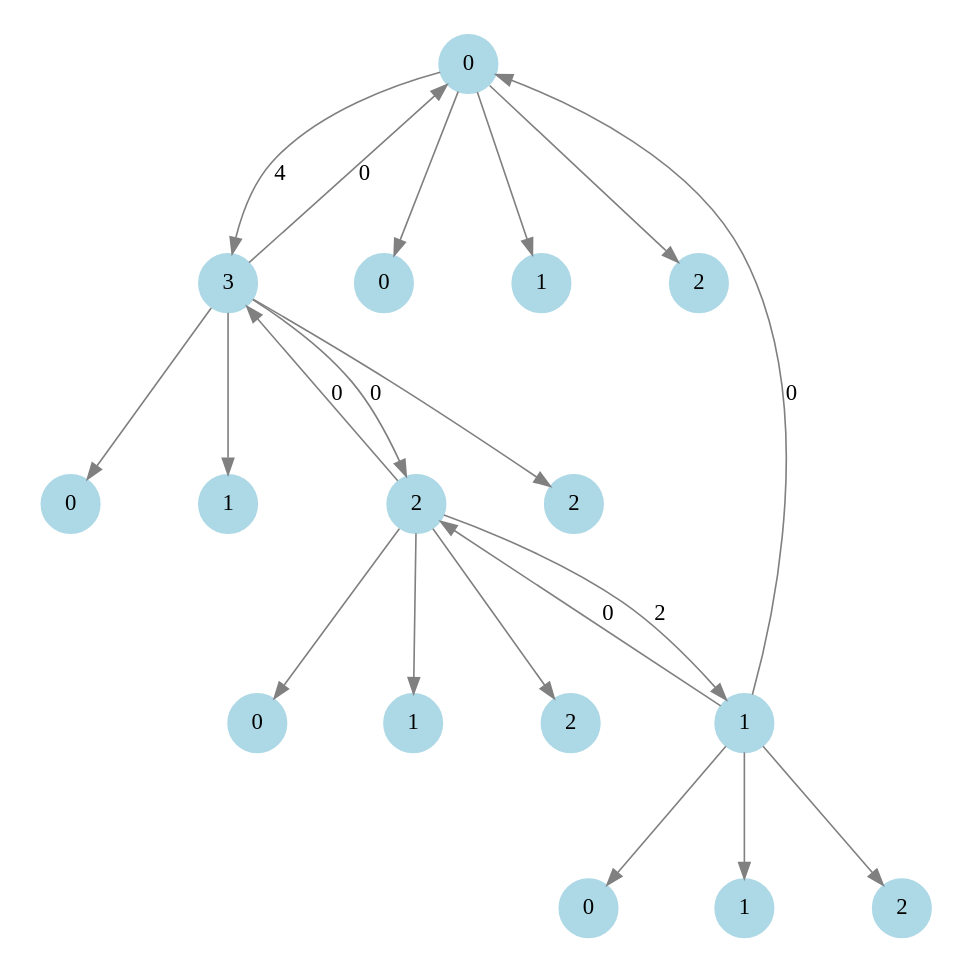
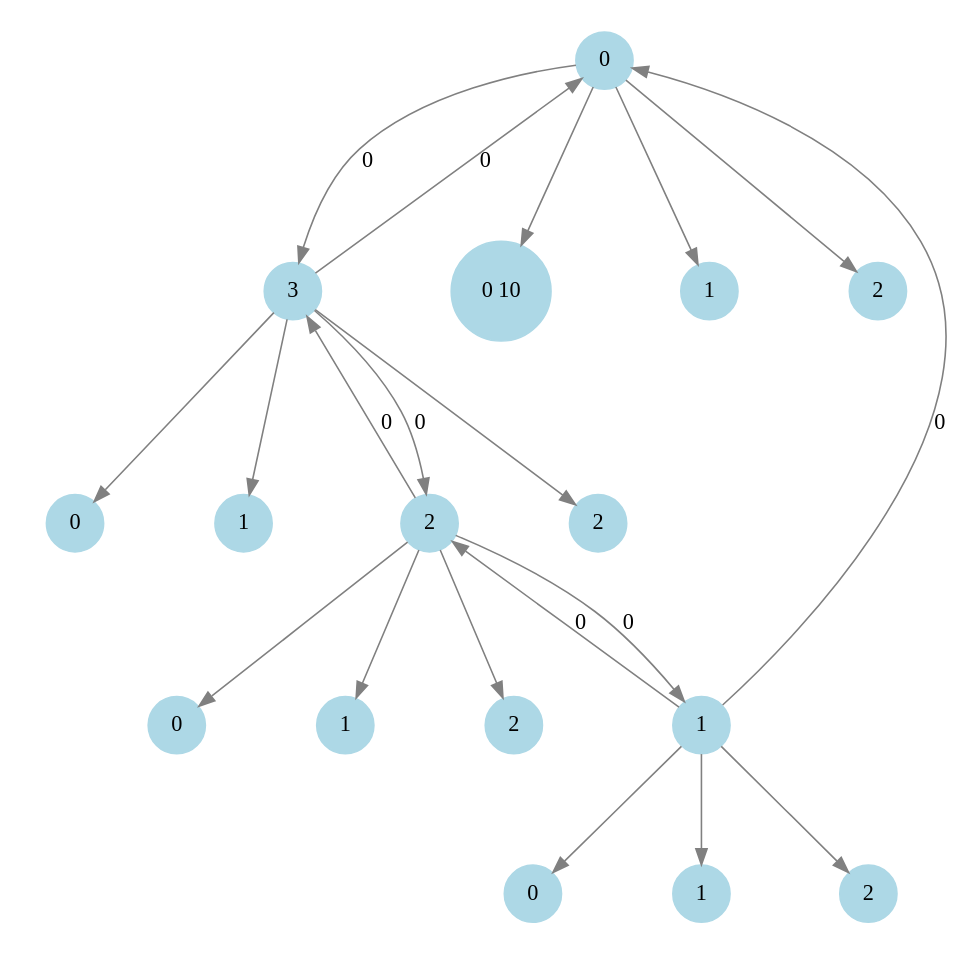
The diagram in Trabajo_Final/src/grafo.dot (Fede108/Algoritmos-y-estructura-de-Datos), drawn with Graphviz before and after one commit. The commit also changed 6 other files, not shown here.

```diff
--- a/Trabajo_Final/src/grafo.dot
+++ b/Trabajo_Final/src/grafo.dot
@@ -1,37 +1,37 @@
 digraph G {
     node [shape=circle, style=filled, color=lightblue];
     edge [color=gray, penwidth=1];
     size="8,8";
     ratio="fill";
-    0 -> 3 [label="4"];
+    0 -> 3 [label="0"];
     0 -> 00;
-    00 [label="0"];
+    00 [label="0 10"];
     0 -> 10;
     10 [label="1"];
     0 -> 20;
     20 [label="2"];
     1 -> 0 [label="0"];
     1 -> 2 [label="0"];
     1 -> 01;
     01 [label="0"];
     1 -> 11;
     11 [label="1"];
     1 -> 21;
     21 [label="2"];
-    2 -> 1 [label="2"];
+    2 -> 1 [label="0"];
     2 -> 3 [label="0"];
     2 -> 02;
     02 [label="0"];
     2 -> 12;
     12 [label="1"];
     2 -> 22;
     22 [label="2"];
     3 -> 0 [label="0"];
     3 -> 2 [label="0"];
     3 -> 03;
     03 [label="0"];
     3 -> 13;
     13 [label="1"];
     3 -> 23;
     23 [label="2"];
 }
```
